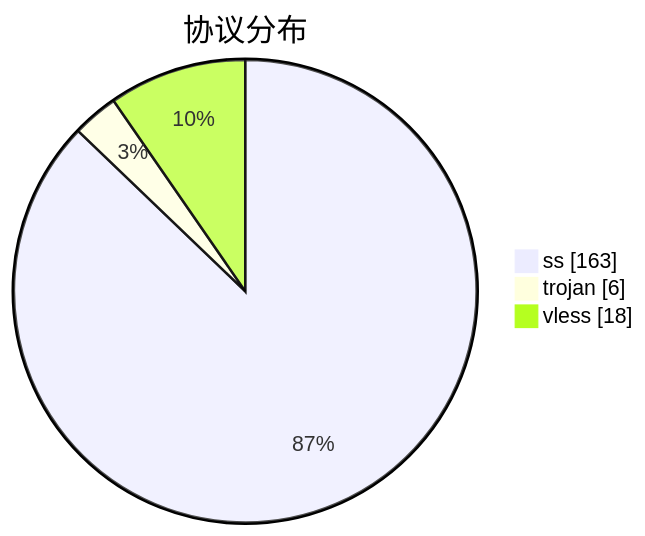
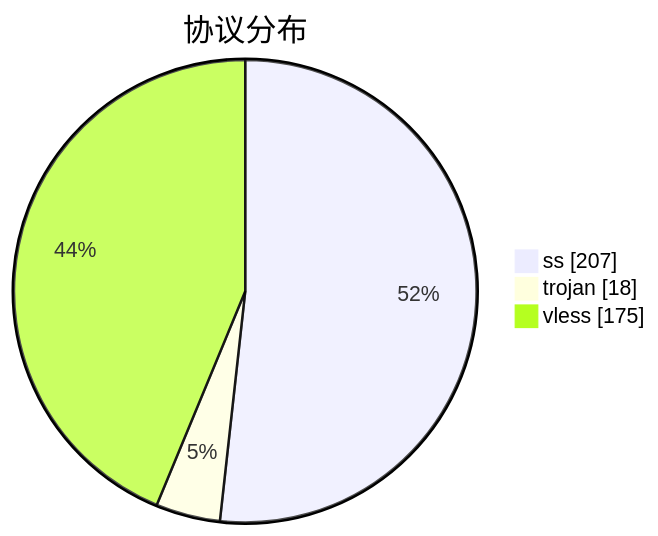
Before and after one commit to qjlxg/airport: the third of 3 diagrams in subs/statistics/tested_within.md, drawn with Mermaid. The commit also changed other lines of this file and 2 other files, not shown here.

````diff
--- a/subs/statistics/tested_within.md
+++ b/subs/statistics/tested_within.md
@@ -29,7 +32,7 @@
 ```mermaid
 pie showData
 title 协议分布
-"ss" : 163
-"trojan" : 6
-"vless" : 18
+"ss" : 207
+"trojan" : 18
+"vless" : 175
 ```
````
